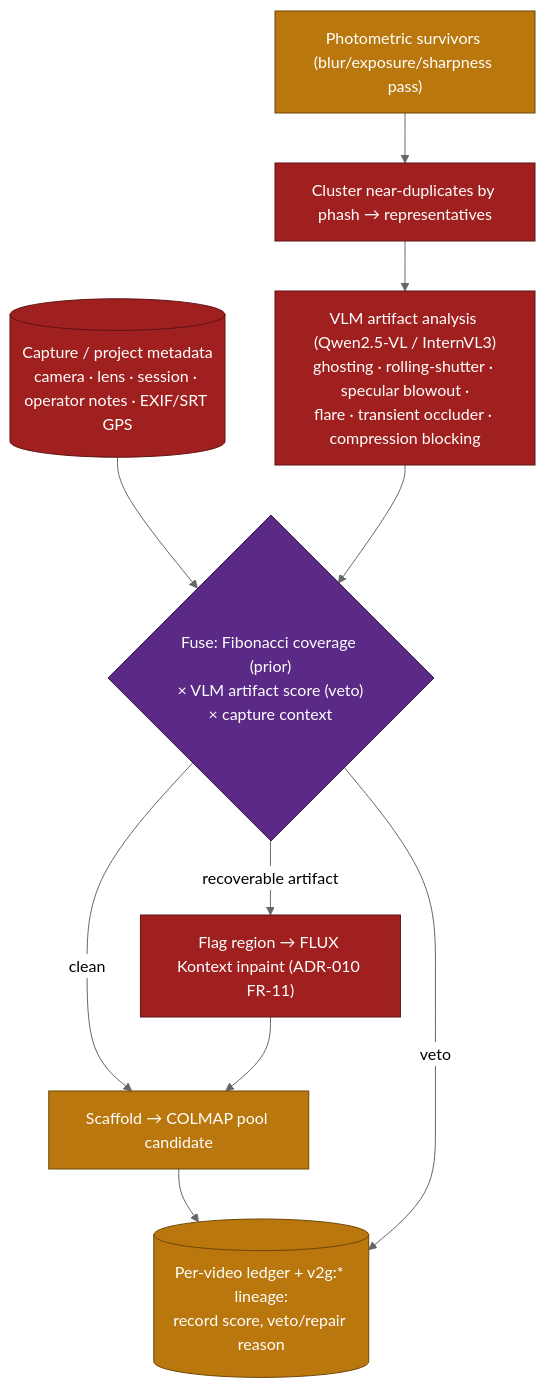
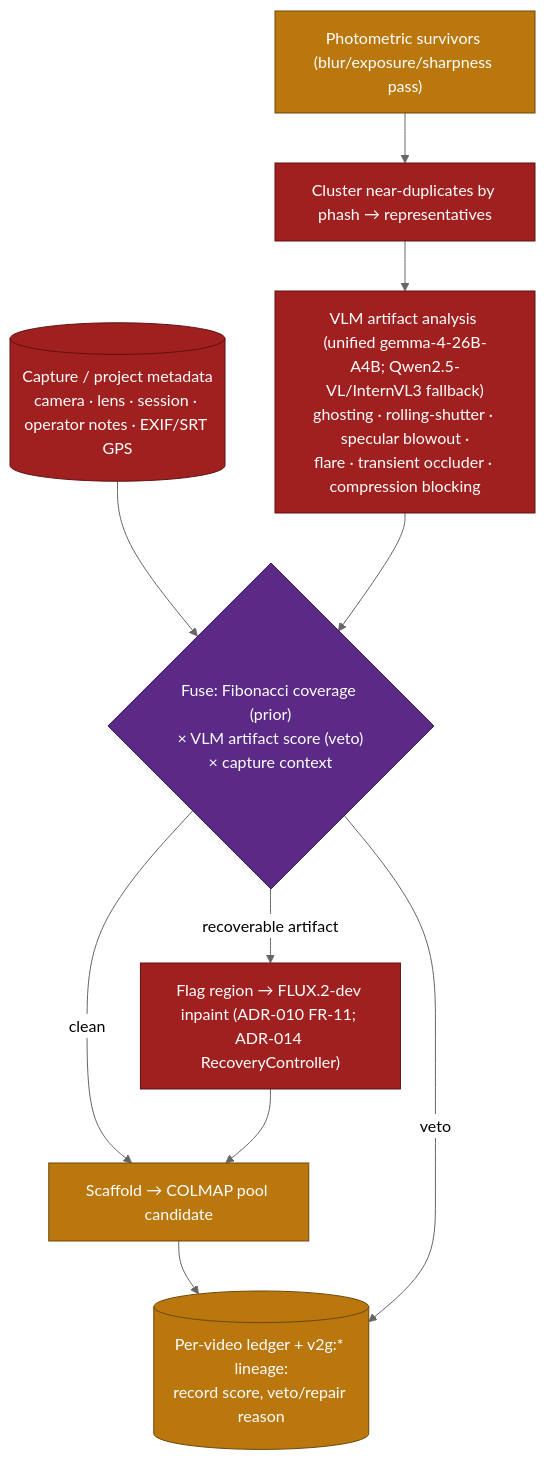
Before and after one commit to DreamLab-AI/Vitrine: the fourth of 4 diagrams in research/pipelines/aspirational-e2e-flowchart.md, drawn with Mermaid (neutral theme). The commit also changed other lines of this file and 32 other files, not shown here.

````diff
--- a/research/pipelines/aspirational-e2e-flowchart.md
+++ b/research/pipelines/aspirational-e2e-flowchart.md
@@ -212,24 +217,24 @@
 ```mermaid
 flowchart TD
     classDef done   fill:#1f7a3d,stroke:#0d4023,color:#ffffff;
     classDef part   fill:#b9770e,stroke:#6e4708,color:#ffffff;
     classDef miss   fill:#a02020,stroke:#5e1212,color:#ffffff;
     classDef io     fill:#143b5e,stroke:#0a1f33,color:#ffffff;
     classDef branch fill:#5b2a86,stroke:#34194d,color:#ffffff;
 
     PHOTO["Photometric survivors (blur/exposure/sharpness pass)"]:::part
     DEDUP["Cluster near-duplicates by phash → representatives"]:::miss
-    VLM["VLM artifact analysis (Qwen2.5-VL / InternVL3)<br/>ghosting · rolling-shutter · specular blowout ·<br/>flare · transient occluder · compression blocking"]:::miss
+    VLM["VLM artifact analysis (unified gemma-4-26B-A4B; Qwen2.5-VL/InternVL3 fallback)<br/>ghosting · rolling-shutter · specular blowout ·<br/>flare · transient occluder · compression blocking"]:::miss
     CAP[("Capture / project metadata<br/>camera · lens · session · operator notes · EXIF/SRT GPS")]:::miss
     FUSE{"Fuse: Fibonacci coverage (prior)<br/>× VLM artifact score (veto)<br/>× capture context"}:::branch
     POOLOK["Scaffold → COLMAP pool candidate"]:::part
-    REPAIR["Flag region → FLUX Kontext inpaint (ADR-010 FR-11)"]:::miss
+    REPAIR["Flag region → FLUX.2-dev inpaint (ADR-010 FR-11; ADR-014 RecoveryController)"]:::miss
     LEDGER[("Per-video ledger + v2g:* lineage:<br/>record score, veto/repair reason")]:::part
 
     PHOTO --> DEDUP --> VLM
     CAP --> FUSE
     VLM --> FUSE
     FUSE -->|clean| POOLOK --> LEDGER
     FUSE -->|recoverable artifact| REPAIR --> POOLOK
     FUSE -->|veto| LEDGER
 ```
````
